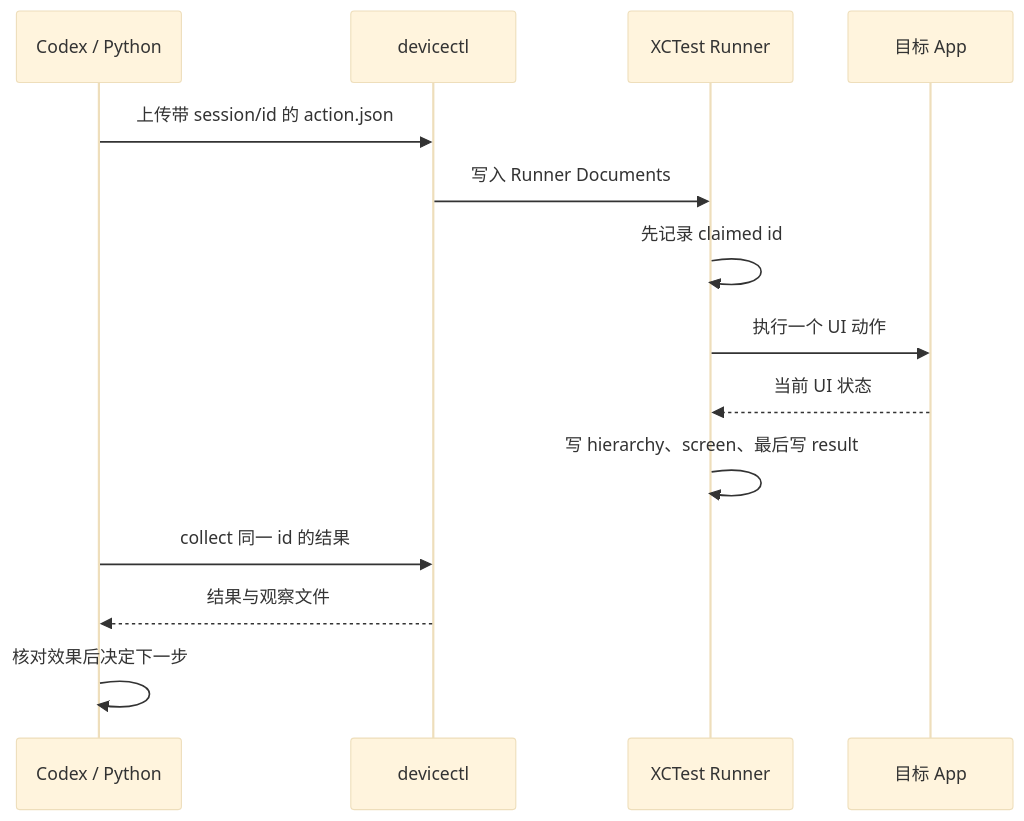
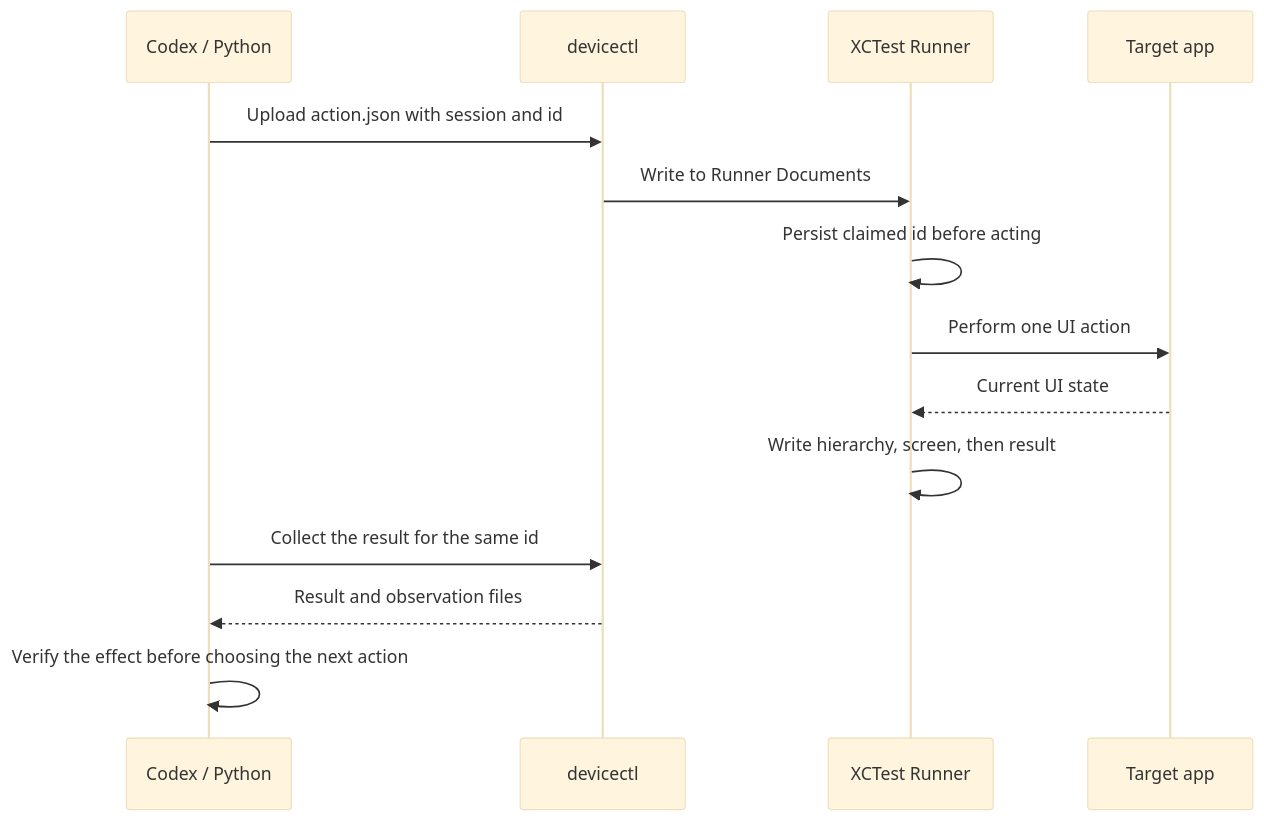
One commit to InfronAI/iPhone-Use-with-Codex changed the diagram in docs/04-device-control.md. Above: the diagram before and after it, drawn with Mermaid (base theme). The commit also changed other lines of this file and 23 other files, not shown here.

````diff
--- a/docs/04-device-control.md
+++ b/docs/04-device-control.md
@@ -7,16 +9,16 @@
 ```mermaid
 sequenceDiagram
     participant C as Codex / Python
     participant D as devicectl
     participant R as XCTest Runner
-    participant A as 目标 App
-    C->>D: 上传带 session/id 的 action.json
-    D->>R: 写入 Runner Documents
-    R->>R: 先记录 claimed id
-    R->>A: 执行一个 UI 动作
-    A-->>R: 当前 UI 状态
-    R->>R: 写 hierarchy、screen、最后写 result
-    C->>D: collect 同一 id 的结果
-    D-->>C: 结果与观察文件
-    C->>C: 核对效果后决定下一步
+    participant A as Target app
+    C->>D: Upload action.json with session and id
+    D->>R: Write to Runner Documents
+    R->>R: Persist claimed id before acting
+    R->>A: Perform one UI action
+    A-->>R: Current UI state
+    R->>R: Write hierarchy, screen, then result
+    C->>D: Collect the result for the same id
+    D-->>C: Result and observation files
+    C->>C: Verify the effect before choosing the next action
 ```
````
